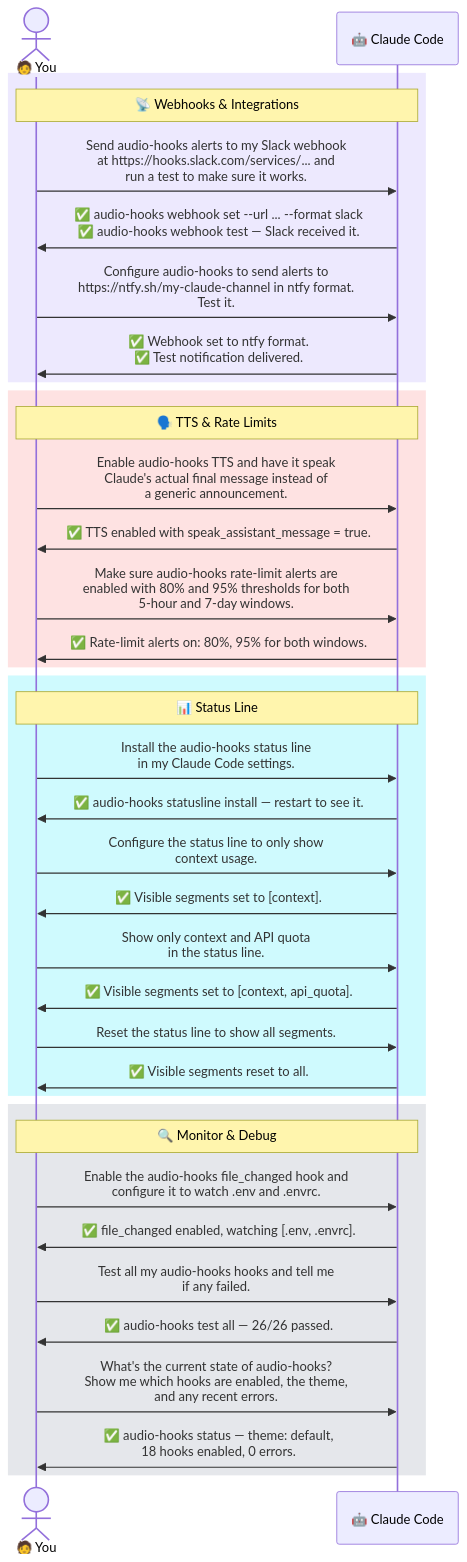
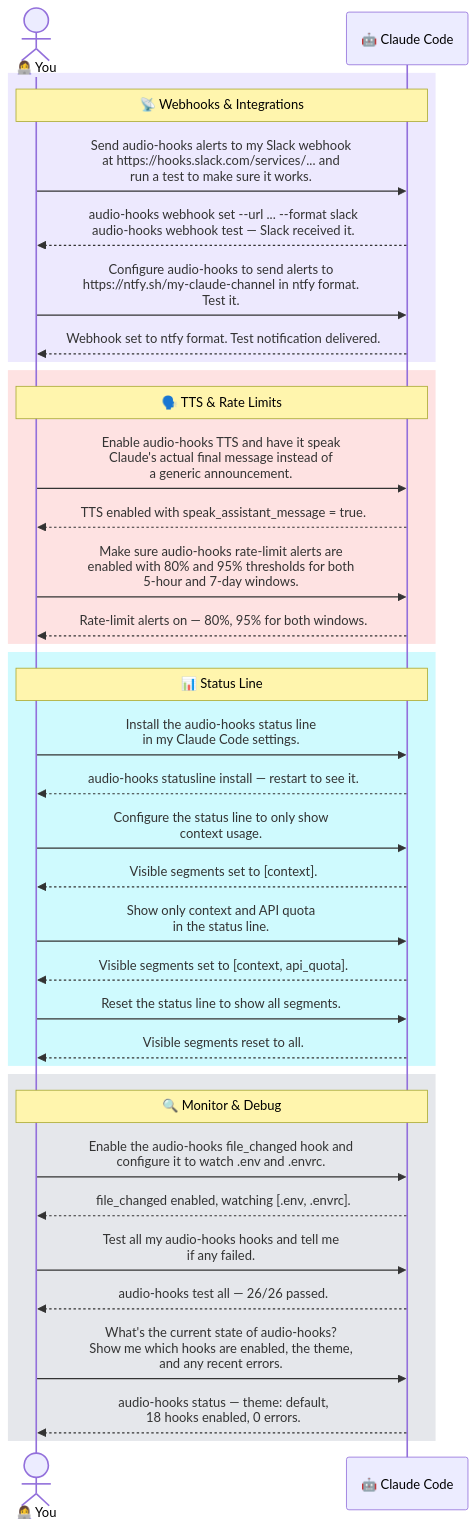
One commit to tozaki1545atebau/claude-code-audio-hooks changed the third of 8 diagrams in README.md. Above: the diagram before and after it, drawn with Mermaid. The commit also changed other lines of this file, not shown here.

Commit message:
docs(README): enhance sequence diagram visual hierarchy and update avatar
- Change human avatar from male (🧑) to female programmer (👩‍💻)
- Use solid arrows (->>)  for human prompts to increase visibility
- Use dashed arrows (-->>) for AI responses to reduce visual noise
- Remove ✅ prefix from AI responses for cleaner appearance

````diff
--- a/README.md
+++ b/README.md
@@ -220,43 +220,43 @@
 ```mermaid
 sequenceDiagram
-    actor You as 🧑 You
+    actor You as 👩‍💻 You
     participant CC as 🤖 Claude Code
 
     rect rgb(237, 233, 254)
     Note over You,CC: 📡 Webhooks & Integrations
     You->>CC: Send audio-hooks alerts to my Slack webhook<br/>at https://hooks.slack.com/services/... and<br/>run a test to make sure it works.
-    CC->>You: ✅ audio-hooks webhook set --url ... --format slack<br/>✅ audio-hooks webhook test — Slack received it.
+    CC-->>You: audio-hooks webhook set --url ... --format slack<br/>audio-hooks webhook test — Slack received it.
     You->>CC: Configure audio-hooks to send alerts to<br/>https://ntfy.sh/my-claude-channel in ntfy format.<br/>Test it.
-    CC->>You: ✅ Webhook set to ntfy format.<br/>✅ Test notification delivered.
+    CC-->>You: Webhook set to ntfy format. Test notification delivered.
     end
 
     rect rgb(254, 226, 226)
     Note over You,CC: 🗣️ TTS & Rate Limits
     You->>CC: Enable audio-hooks TTS and have it speak<br/>Claude's actual final message instead of<br/>a generic announcement.
-    CC->>You: ✅ TTS enabled with speak_assistant_message = true.
+    CC-->>You: TTS enabled with speak_assistant_message = true.
     You->>CC: Make sure audio-hooks rate-limit alerts are<br/>enabled with 80% and 95% thresholds for both<br/>5-hour and 7-day windows.
-    CC->>You: ✅ Rate-limit alerts on: 80%, 95% for both windows.
+    CC-->>You: Rate-limit alerts on — 80%, 95% for both windows.
     end
 
     rect rgb(207, 250, 254)
     Note over You,CC: 📊 Status Line
     You->>CC: Install the audio-hooks status line<br/>in my Claude Code settings.
-    CC->>You: ✅ audio-hooks statusline install — restart to see it.
+    CC-->>You: audio-hooks statusline install — restart to see it.
     You->>CC: Configure the status line to only show<br/>context usage.
-    CC->>You: ✅ Visible segments set to [context].
+    CC-->>You: Visible segments set to [context].
     You->>CC: Show only context and API quota<br/>in the status line.
-    CC->>You: ✅ Visible segments set to [context, api_quota].
+    CC-->>You: Visible segments set to [context, api_quota].
     You->>CC: Reset the status line to show all segments.
-    CC->>You: ✅ Visible segments reset to all.
+    CC-->>You: Visible segments reset to all.
     end
 
     rect rgb(229, 231, 235)
     Note over You,CC: 🔍 Monitor & Debug
     You->>CC: Enable the audio-hooks file_changed hook and<br/>configure it to watch .env and .envrc.
-    CC->>You: ✅ file_changed enabled, watching [.env, .envrc].
+    CC-->>You: file_changed enabled, watching [.env, .envrc].
     You->>CC: Test all my audio-hooks hooks and tell me<br/>if any failed.
-    CC->>You: ✅ audio-hooks test all — 26/26 passed.
+    CC-->>You: audio-hooks test all — 26/26 passed.
     You->>CC: What's the current state of audio-hooks?<br/>Show me which hooks are enabled, the theme,<br/>and any recent errors.
-    CC->>You: ✅ audio-hooks status — theme: default,<br/>18 hooks enabled, 0 errors.
+    CC-->>You: audio-hooks status — theme: default,<br/>18 hooks enabled, 0 errors.
     end
 ```
````
